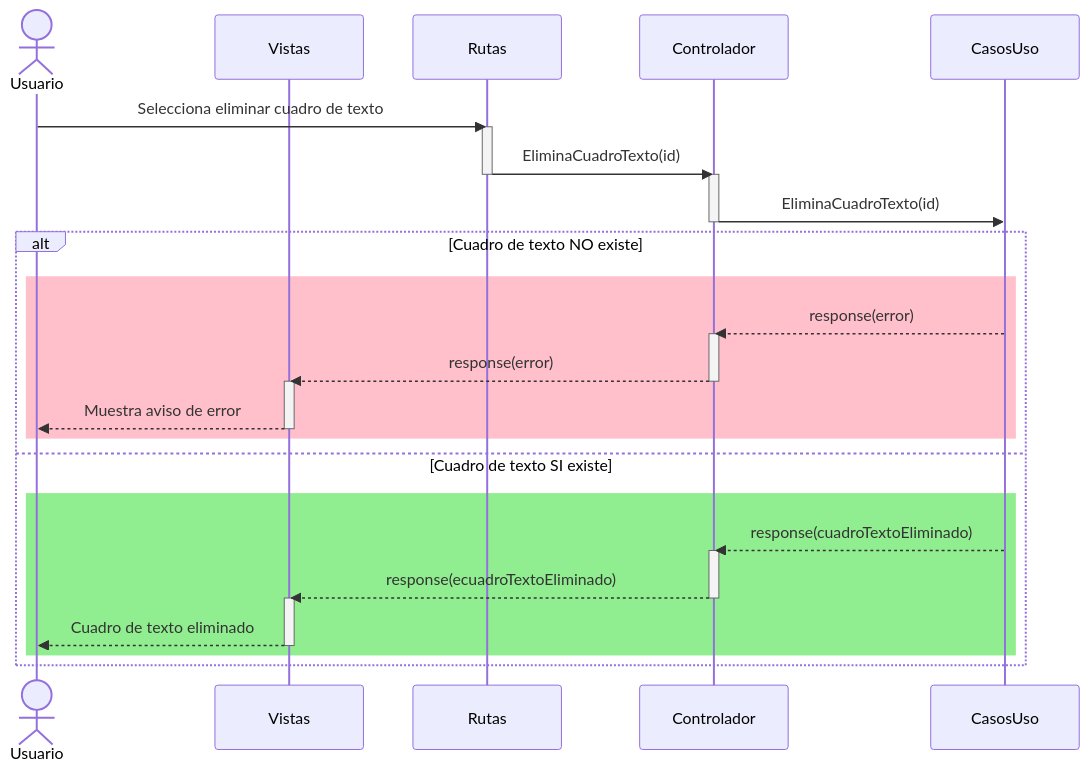
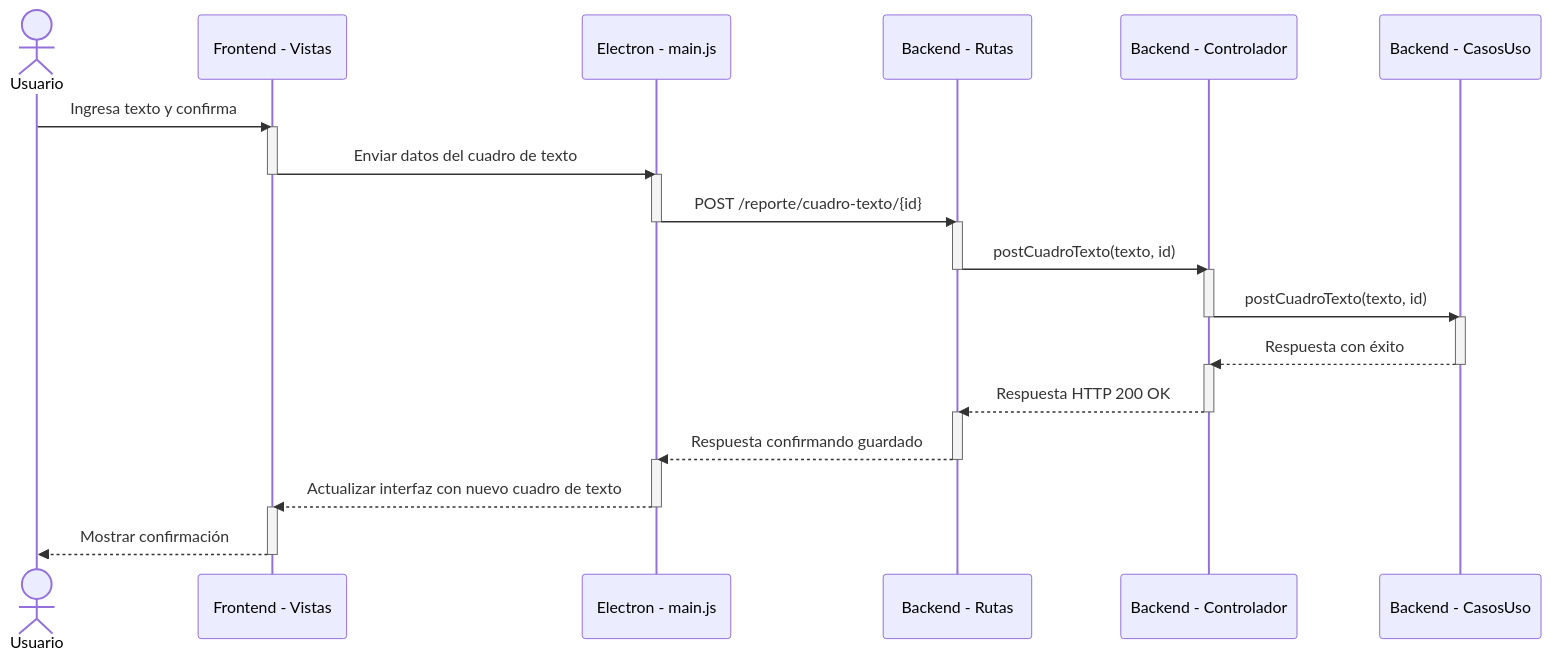
The diagram in documentation/docs/proyectos/tractores/documentacion/requisitos/RF19.md (CodeAnd-Co/Documentacion), drawn with Mermaid before and after one commit. The commit also changed other lines of this file and 55 other files, not shown here.

Commit message:
Ordenar todas las RFs y actualizar los datos

````diff
--- a/documentation/docs/proyectos/tractores/documentacion/requisitos/RF19.md
+++ b/documentation/docs/proyectos/tractores/documentacion/requisitos/RF19.md
@@ -23,44 +25,47 @@
 ```mermaid
 sequenceDiagram
-  actor Usuario
-  participant Vistas
-  participant Rutas
-  participant Controlador
-  participant CasosUso
+    actor Usuario
+    participant Vistas as Frontend - Vistas
+    participant Electron as Electron - main.js
+    participant Rutas as Backend - Rutas
+    participant Controladores as Backend - Controlador
+    participant CasosUso as Backend - CasosUso
 
-  Usuario ->> Rutas: Selecciona eliminar cuadro de texto
+    Usuario ->> Vistas : Ingresa texto y confirma
 
-  activate Rutas
-  Rutas ->> Controlador: EliminaCuadroTexto(id)
-  deactivate Rutas
+    Activate Vistas
+    Vistas ->> Electron : Enviar datos del cuadro de texto
+    Deactivate Vistas
 
-  activate Controlador
-  Controlador ->> CasosUso: EliminaCuadroTexto(id)
-  deactivate Controlador
+    Activate Electron
+    Electron ->> Rutas : POST /reporte/cuadro-texto/{id}
+    Deactivate Electron
 
-  alt Cuadro de texto NO existe
-    rect pink
-      CasosUso -->> Controlador: response(error)
+    Activate Rutas
+    Rutas ->> Controladores : postCuadroTexto(texto, id)
+    Deactivate Rutas
 
-      activate Controlador
-      Controlador -->> Vistas: response(error)
-      deactivate Controlador
+    Activate Controladores
+    Controladores ->> CasosUso : postCuadroTexto(texto, id)
+    Deactivate Controladores
 
-      activate Vistas
-      Vistas -->> Usuario: Muestra aviso de error
-      deactivate Vistas
-    end
-  else Cuadro de texto SI existe
-    rect lightgreen
-      CasosUso -->> Controlador: response(cuadroTextoEliminado)
+    Activate CasosUso
+    CasosUso -->> Controladores : Respuesta con éxito
+    Deactivate CasosUso
 
-      activate Controlador
-      Controlador -->> Vistas: response(ecuadroTextoEliminado)
-      deactivate Controlador
+    Activate Controladores
+    Controladores -->> Rutas : Respuesta HTTP 200 OK
+    Deactivate Controladores
 
-      activate Vistas
-      Vistas -->> Usuario: Cuadro de texto eliminado
-      deactivate Vistas
-    end
-  end
+    Activate Rutas
+    Rutas -->> Electron : Respuesta confirmando guardado
+    Deactivate Rutas
+
+    Activate Electron
+    Electron -->> Vistas : Actualizar interfaz con nuevo cuadro de texto
+    Deactivate Electron
+
+    Activate Vistas
+    Vistas -->> Usuario : Mostrar confirmación
+    Deactivate Vistas
 ```
````
